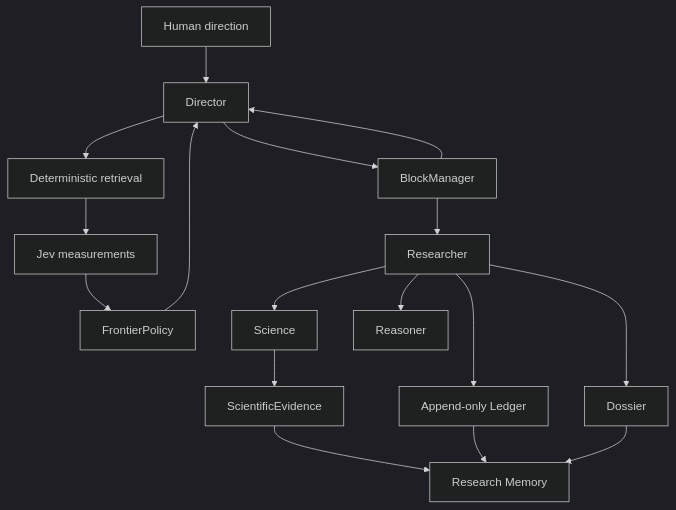
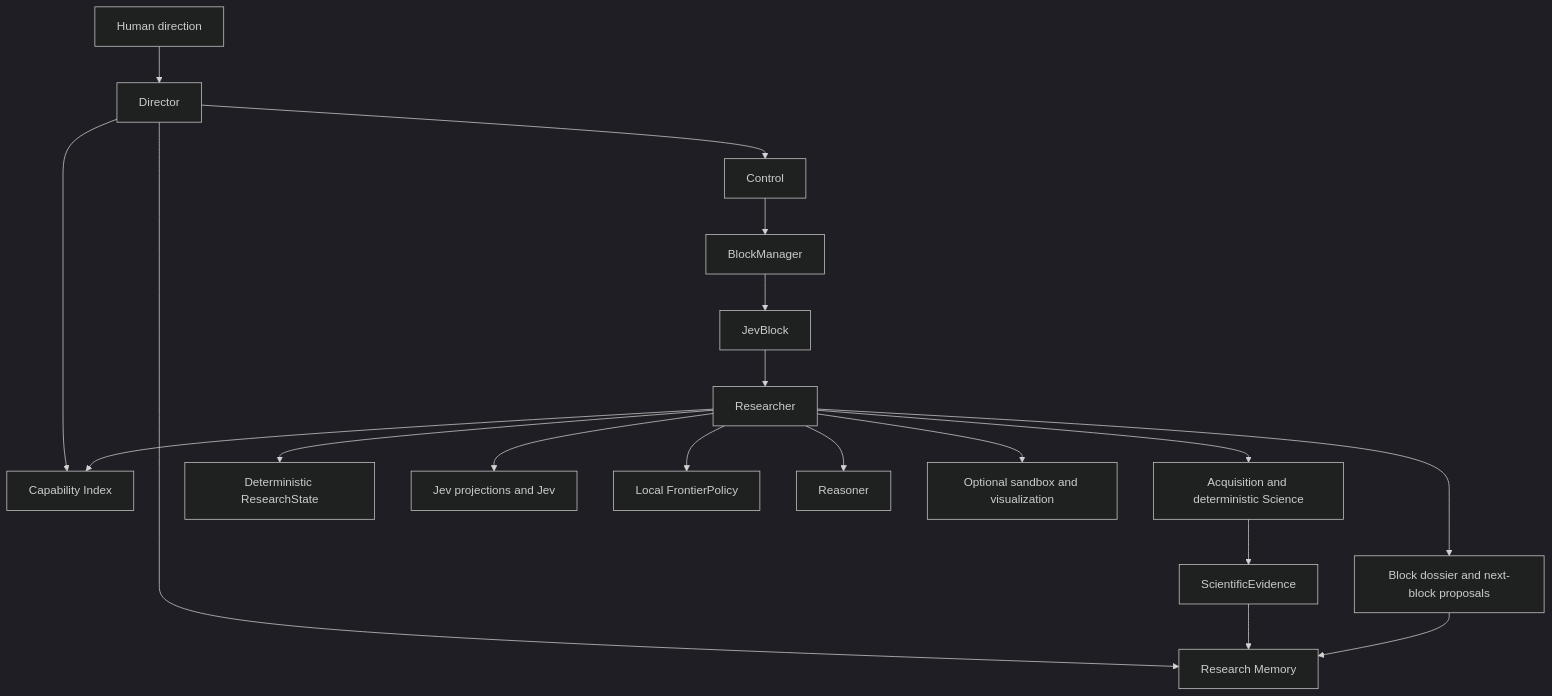
One commit to asimog/oncojev changed the diagram in docs/ARCHITECTURE.md. Above: the diagram before and after it, drawn with Mermaid (dark theme). The commit also changed other lines of this file and 69 other files, not shown here.

````diff
--- a/docs/ARCHITECTURE.md
+++ b/docs/ARCHITECTURE.md
@@ -9,19 +9,21 @@
 ```mermaid
 flowchart TD
   H[Human direction] --> D[Director]
-  D --> M[Deterministic retrieval]
-  M --> J[Jev measurements]
-  J --> F[FrontierPolicy]
-  F --> D
-  D --> B[BlockManager]
-  B --> R[Researcher]
-  R --> S[Science]
+  D --> C[Control]
+  D --> CI[Capability Index]
+  D --> RM[Research Memory]
+  C --> B[BlockManager]
+  B --> JB[JevBlock]
+  JB --> R[Researcher]
+  R --> CI
+  R --> A[Acquisition and deterministic Science]
+  R --> RS[Deterministic ResearchState]
+  R --> J[Jev projections and Jev]
+  R --> F[Local FrontierPolicy]
   R --> X[Reasoner]
-  R --> L[Append-only Ledger]
-  S --> E[ScientificEvidence]
-  E --> RM[Research Memory]
-  L --> RM
-  R --> DOS[Dossier]
+  R --> SS[Optional sandbox and visualization]
+  R --> DOS[Block dossier and next-block proposals]
+  A --> E[ScientificEvidence]
+  E --> RM
   DOS --> RM
-  B --> D
 ```
````
